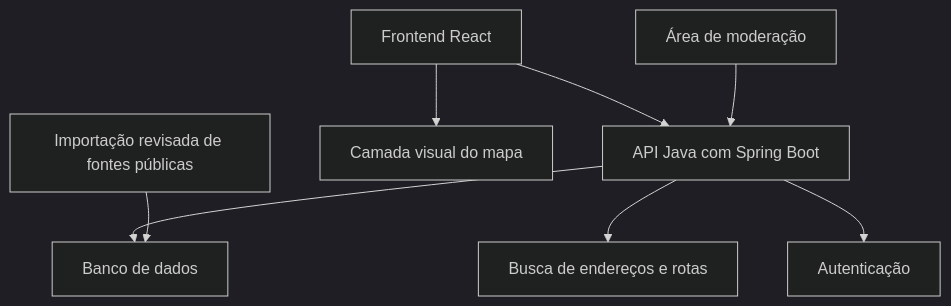
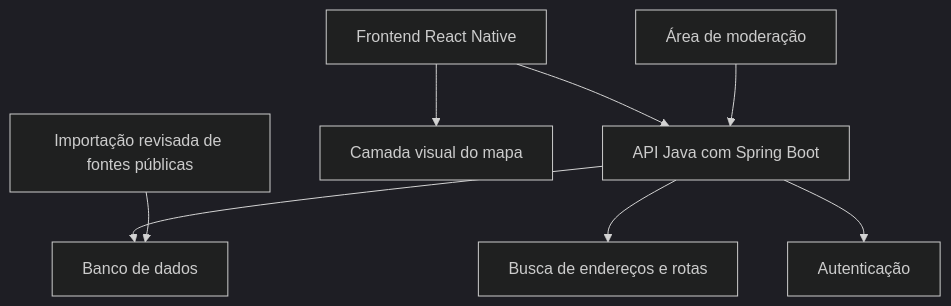
Before and after one commit to Lopezez-git/saferide: the diagram in 02-arquitetura.md, drawn with Mermaid (dark theme). The commit also changed other lines of this file and 6 other files, not shown here.

Commit message:
docs: adotar app React Native com Spring Boot

````diff
--- a/02-arquitetura.md
+++ b/02-arquitetura.md
@@ -7,10 +7,10 @@
 ```mermaid
 flowchart TD
-    U[Frontend React] --> API[API Java com Spring Boot]
+    U[Frontend React Native] --> API[API Java com Spring Boot]
     U --> M[Camada visual do mapa]
     API --> DB[Banco de dados]
     API --> GEO[Busca de endereços e rotas]
     API --> AUTH[Autenticação]
     ADM[Área de moderação] --> API
     PUB[Importação revisada de fontes públicas] --> DB
 ```
````
